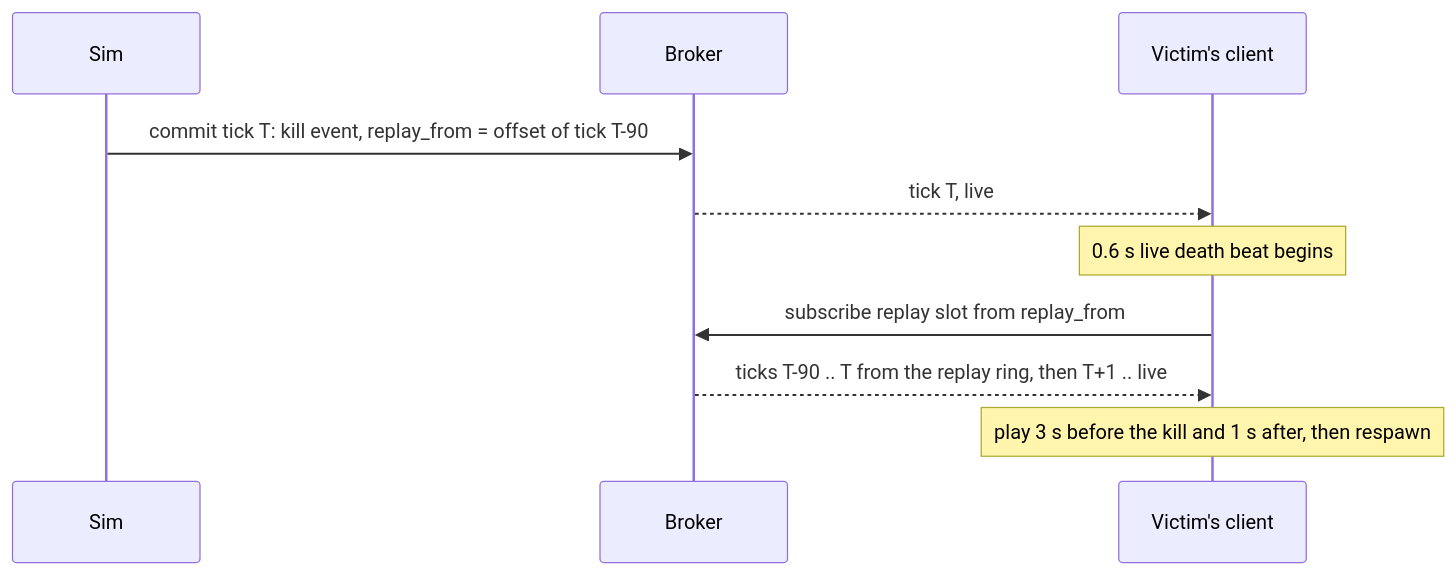
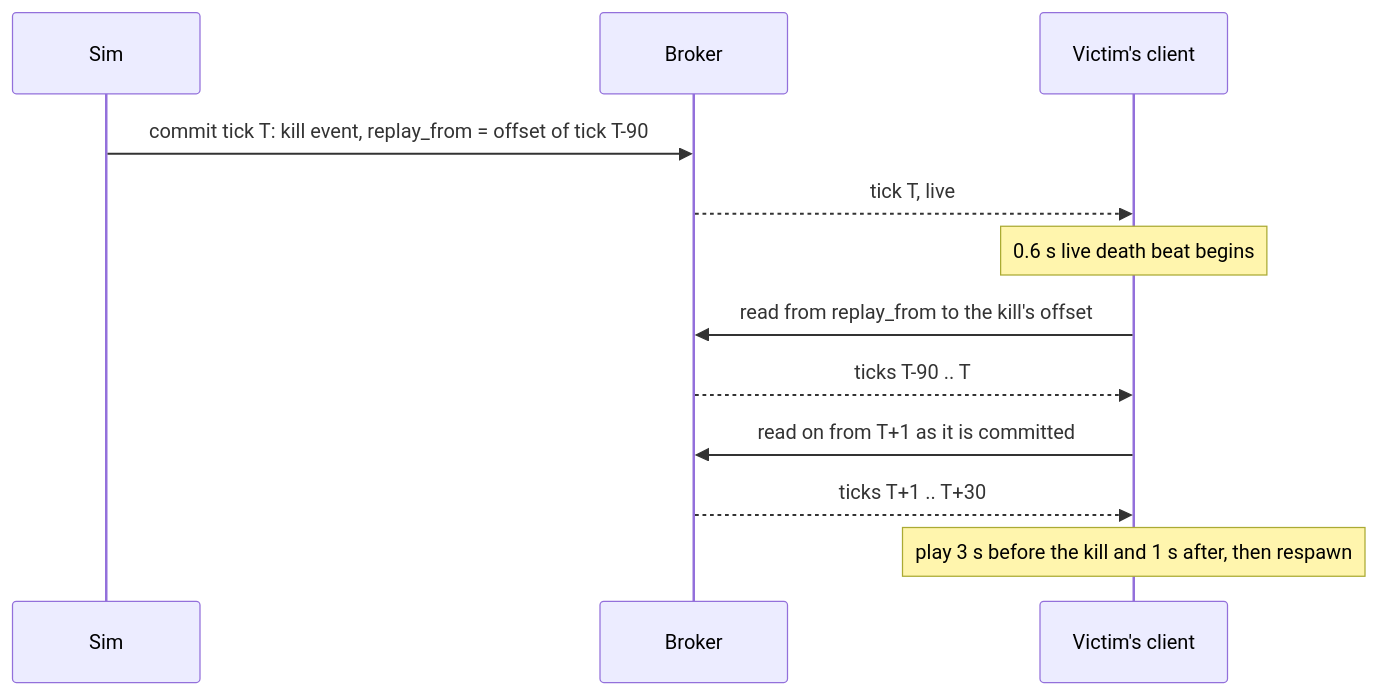
Before and after one commit to GetFelix/felix-arena: the third of 3 diagrams in docs/design.md, drawn with Mermaid. The commit also changed other lines of this file and 13 other files, not shown here.

````diff
--- a/docs/design.md
+++ b/docs/design.md
@@ -470,12 +471,14 @@
 ```mermaid
 sequenceDiagram
     participant S as Sim
     participant B as Broker
     participant V as Victim's client
     S->>B: commit tick T: kill event, replay_from = offset of tick T-90
     B-->>V: tick T, live
     Note over V: 0.6 s live death beat begins
-    V->>B: subscribe replay slot from replay_from
-    B-->>V: ticks T-90 .. T from the replay ring, then T+1 .. live
+    V->>B: read from replay_from to the kill's offset
+    B-->>V: ticks T-90 .. T
+    V->>B: read on from T+1 as it is committed
+    B-->>V: ticks T+1 .. T+30
     Note over V: play 3 s before the kill and 1 s after, then respawn
 ```
````
